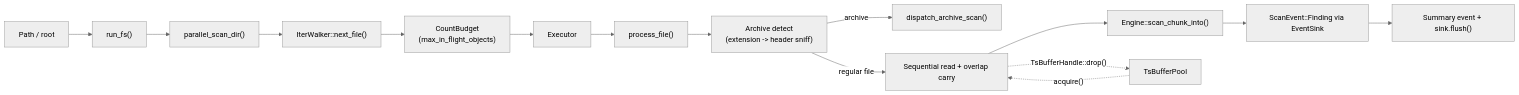
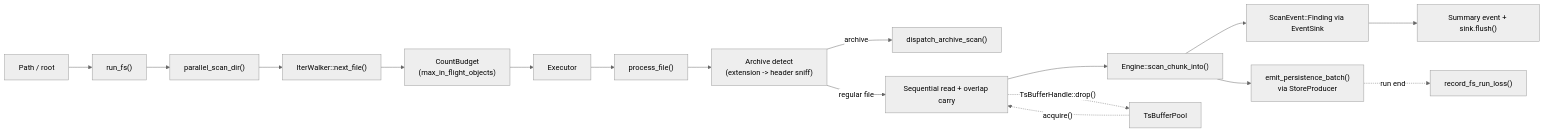
One commit to ahrav/scratch-scanner-rs changed the first of 2 diagrams in docs/pipeline-flow.md. Above: the diagram before and after it, drawn with Mermaid (neutral theme). The commit also changed other lines of this file and 6 other files, not shown here.

````diff
--- a/docs/pipeline-flow.md
+++ b/docs/pipeline-flow.md
@@ -7,21 +7,23 @@
 ```mermaid
 flowchart LR
     Path["Path / root"] --> Orch["run_fs()"]
     Orch --> PScan["parallel_scan_dir()"]
 
     PScan --> Walker["IterWalker::next_file()"]
     Walker --> Budget["CountBudget<br/>(max_in_flight_objects)"]
     Budget --> Exec["Executor<FileTask>"]
 
     Exec --> Worker["process_file()"]
     Worker --> Detect["Archive detect<br/>(extension -> header sniff)"]
     Detect -->|archive| Arch["dispatch_archive_scan()"]
     Detect -->|regular file| ChunkLoop["Sequential read + overlap carry"]
     ChunkLoop --> Engine["Engine::scan_chunk_into()"]
     Engine --> Emit["ScanEvent::Finding via EventSink"]
+    Engine --> Persist["emit_persistence_batch()<br/>via StoreProducer"]
 
     Pool["TsBufferPool"] -.->|"acquire()"| ChunkLoop
     ChunkLoop -.->|"TsBufferHandle::drop()"| Pool
 
     Emit --> Summary["Summary event + sink.flush()"]
+    Persist -.->|"run end"| RunLoss["record_fs_run_loss()"]
 ```
````
